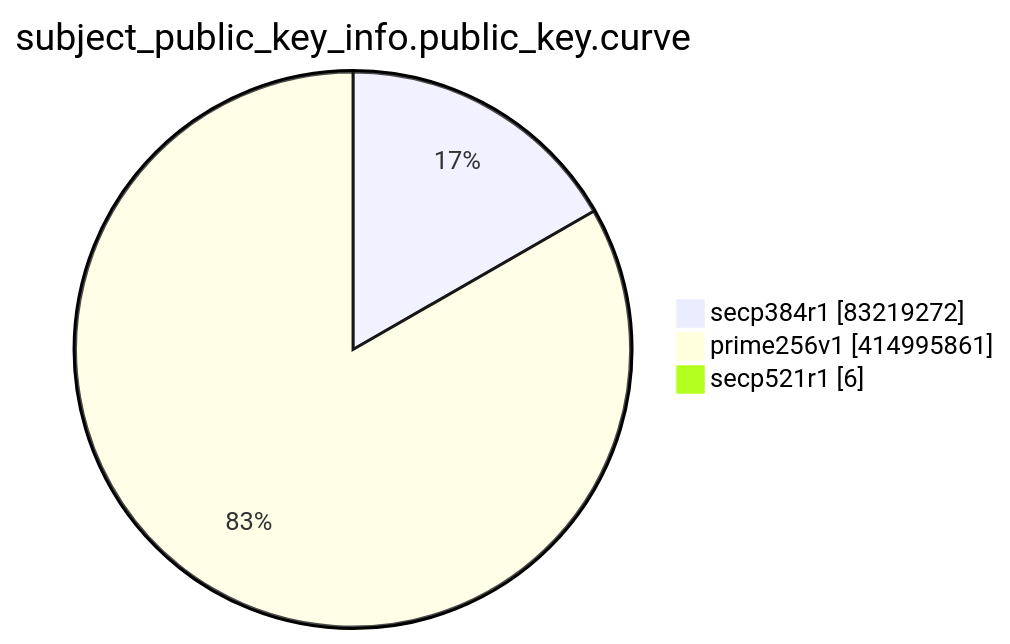
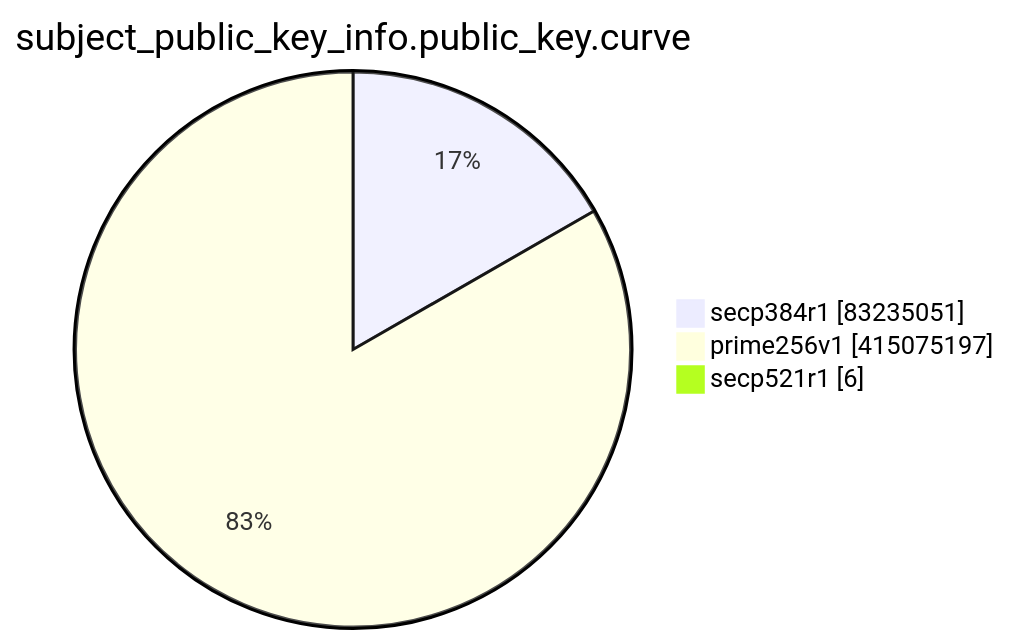
The eighth of 15 diagrams in TOTAL/README.md (christiankrug/ctmonitor_visualization), drawn with Mermaid before and after one commit. The commit also changed other lines of this file, not shown here.

````diff
--- a/TOTAL/README.md
+++ b/TOTAL/README.md
@@ -3098,7 +3098,7 @@
 ```mermaid
 pie showData
 title subject_public_key_info.public_key.curve
-"secp384r1" :83219272
-"prime256v1" :414995861
+"secp384r1" :83235051
+"prime256v1" :415075197
 "secp521r1" :6
 ```
````
